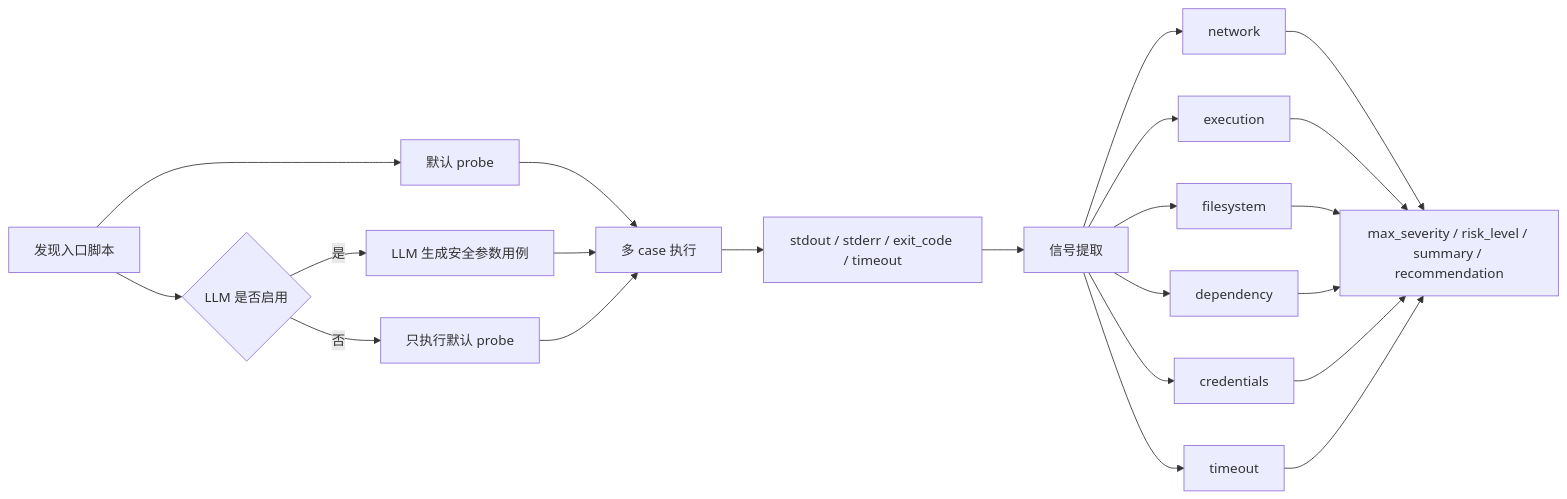
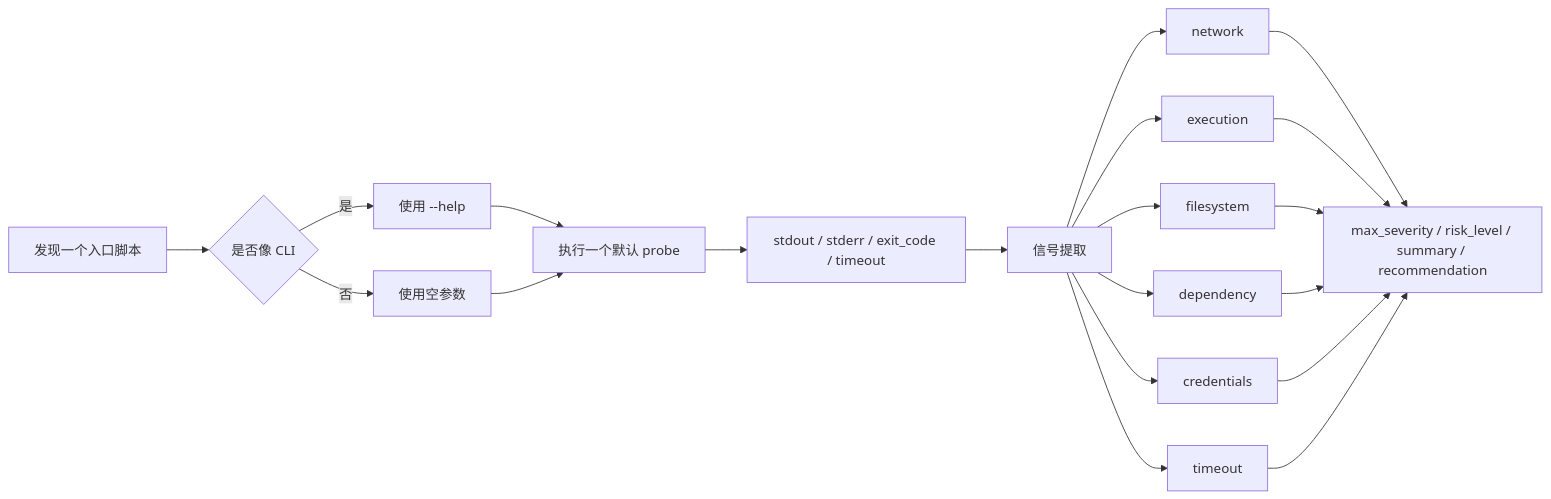
Before and after one commit to HuangLuGuang/skill-manager: the third of 5 diagrams in docs/project-guide.md, drawn with Mermaid. The commit also changed other lines of this file and 24 other files, not shown here.

````diff
--- a/docs/project-guide.md
+++ b/docs/project-guide.md
@@ -461,24 +455,22 @@
 ```mermaid
 flowchart LR
-    A["发现入口脚本"] --> B["默认 probe"]
-    A --> C{"LLM 是否启用"}
-    C -->|是| D["LLM 生成安全参数用例"]
-    C -->|否| E["只执行默认 probe"]
-    B --> F["多 case 执行"]
-    D --> F
-    E --> F
-    F --> G["stdout / stderr / exit_code / timeout"]
+    A["发现一个入口脚本"] --> B{"是否像 CLI"}
+    B -->|是| C["使用 --help"]
+    B -->|否| D["使用空参数"]
+    C --> E["执行一个默认 probe"]
+    D --> E
+    E --> G["stdout / stderr / exit_code / timeout"]
     G --> H["信号提取"]
     H --> I1["network"]
     H --> I2["execution"]
     H --> I3["filesystem"]
     H --> I4["dependency"]
     H --> I5["credentials"]
     H --> I6["timeout"]
     I1 --> J["max_severity / risk_level / summary / recommendation"]
     I2 --> J
     I3 --> J
     I4 --> J
     I5 --> J
     I6 --> J
 ```
````
